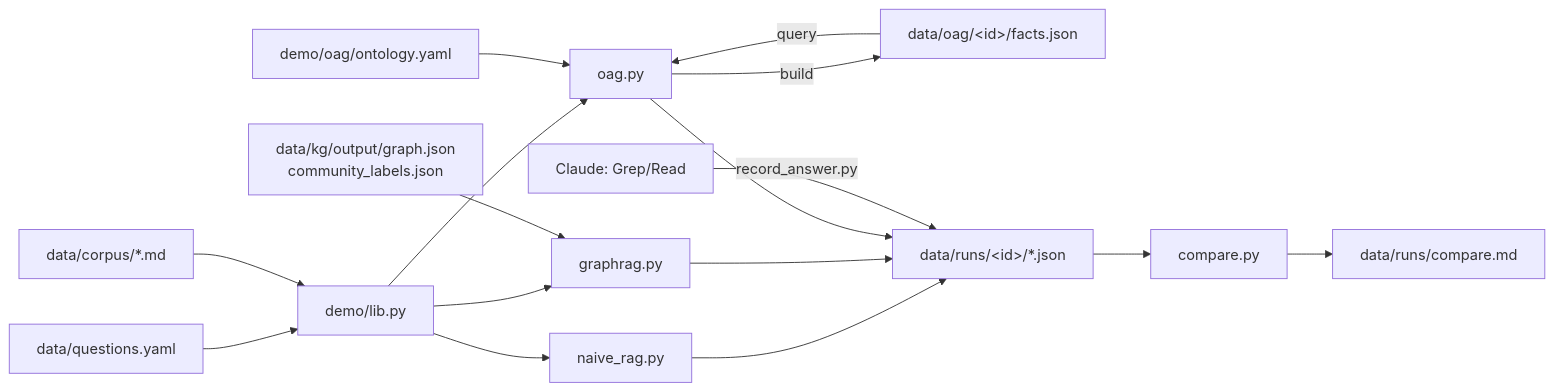
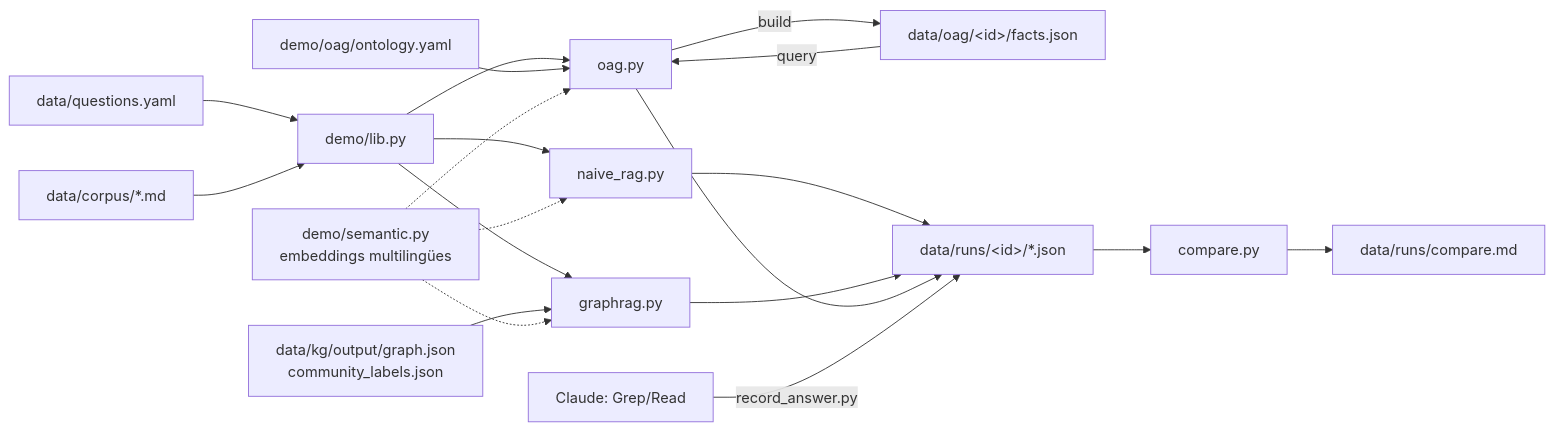
Before and after one commit to olonok69/oag_vs_kg_ml_engineer: the diagram in docs/GUIA_TECNICA.md, drawn with Mermaid. The commit also changed other lines of this file and 29 other files, not shown here.

````diff
--- a/docs/GUIA_TECNICA.md
+++ b/docs/GUIA_TECNICA.md
@@ -13,17 +13,20 @@
 ```mermaid
 flowchart LR
     Q[data/questions.yaml] --> L[demo/lib.py]
     C[data/corpus/*.md] --> L
     L --> N[naive_rag.py]
     L --> G[graphrag.py]
     L --> O[oag.py]
     K[data/kg/output/graph.json<br/>community_labels.json] --> G
     ON[demo/oag/ontology.yaml] --> O
+    S[demo/semantic.py<br/>embeddings multilingües] -.-> N
+    S -.-> G
+    S -.-> O
     O -- build --> F[data/oag/&lt;id&gt;/facts.json]
     F -- query --> O
     N --> R[data/runs/&lt;id&gt;/*.json]
     G --> R
     O --> R
     A[Claude: Grep/Read] -- record_answer.py --> R
     R --> CMP[compare.py] --> MD[data/runs/compare.md]
 ```
````
